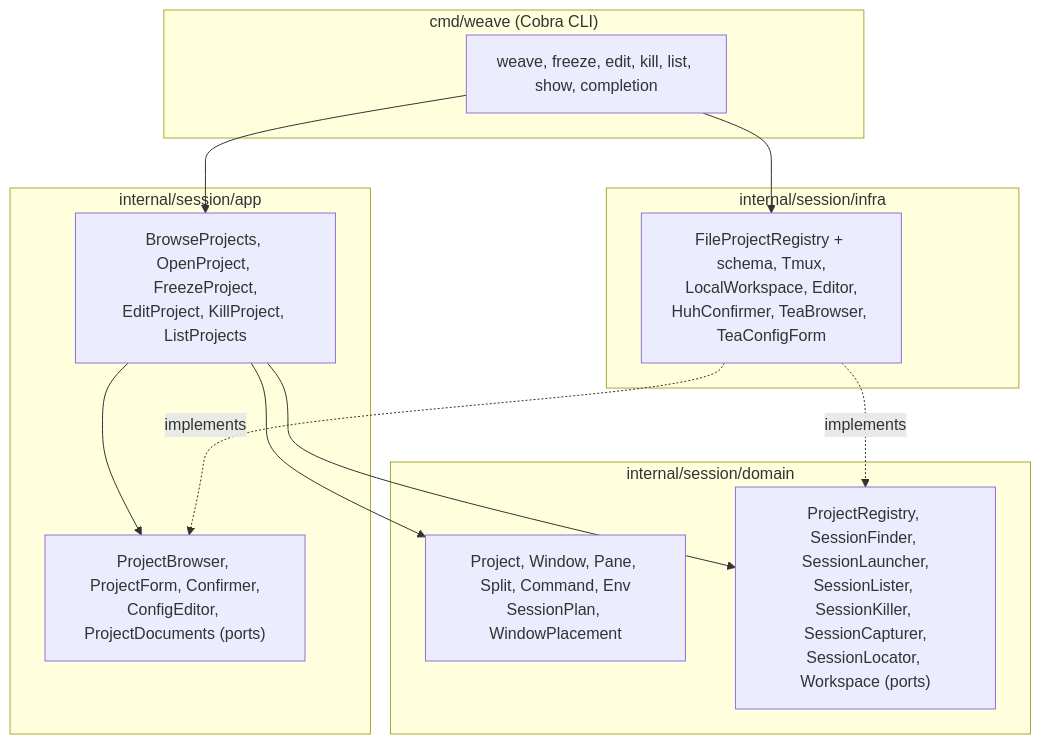
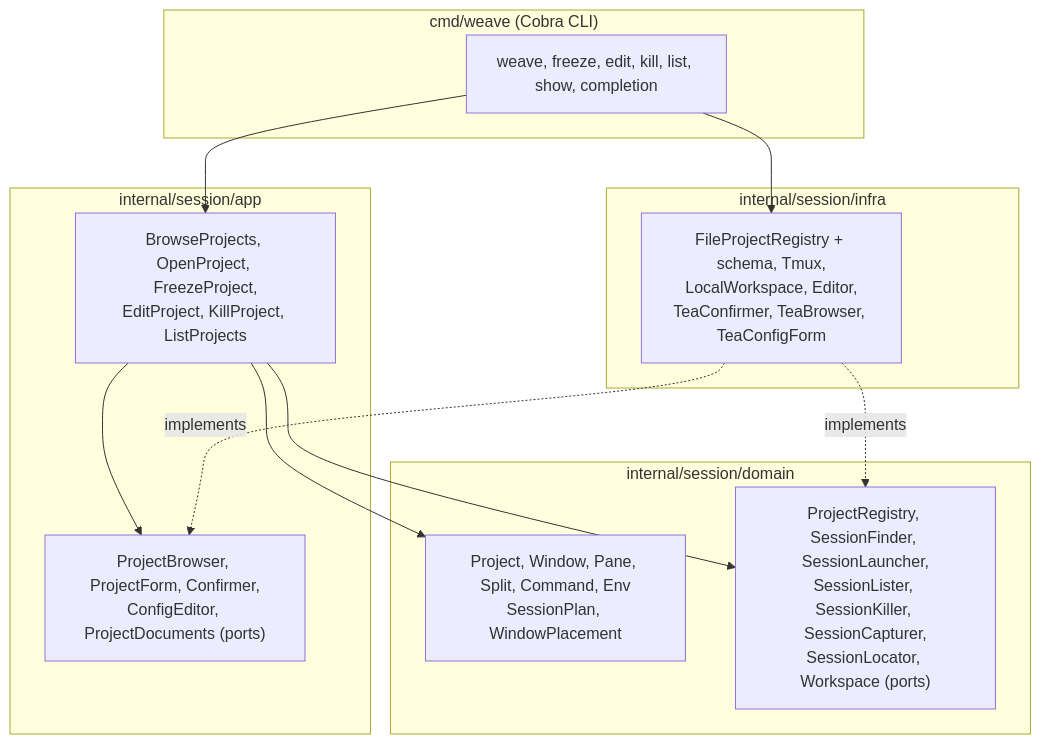
Before and after one commit to medilies/weaver: the diagram in README.md, drawn with Mermaid. The commit also changed other lines of this file and 5 other files, not shown here.

````diff
--- a/README.md
+++ b/README.md
@@ -355,25 +355,25 @@
 ```mermaid
 graph TD
     subgraph cmd["cmd/weave (Cobra CLI)"]
         CLI["weave, freeze, edit, kill, list, show, completion"]
     end
     subgraph app["internal/session/app"]
         UC["BrowseProjects, OpenProject, FreezeProject,<br/>EditProject, KillProject, ListProjects"]
         AP["ProjectBrowser, ProjectForm, Confirmer,<br/>ConfigEditor, ProjectDocuments (ports)"]
     end
     subgraph domain["internal/session/domain"]
         M["Project, Window, Pane, Split, Command, Env<br/>SessionPlan, WindowPlacement"]
         DP["ProjectRegistry, SessionFinder, SessionLauncher,<br/>SessionLister, SessionKiller, SessionCapturer,<br/>SessionLocator, Workspace (ports)"]
     end
     subgraph infra["internal/session/infra"]
-        A["FileProjectRegistry + schema, Tmux,<br/>LocalWorkspace, Editor,<br/>HuhConfirmer, TeaBrowser, TeaConfigForm"]
+        A["FileProjectRegistry + schema, Tmux,<br/>LocalWorkspace, Editor,<br/>TeaConfirmer, TeaBrowser, TeaConfigForm"]
     end
 
     CLI --> UC
     CLI --> A
     UC --> M
     UC --> DP
     UC --> AP
     A -.implements.-> DP
     A -.implements.-> AP
 ```
````
